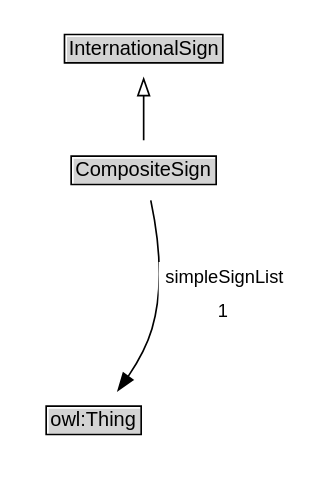
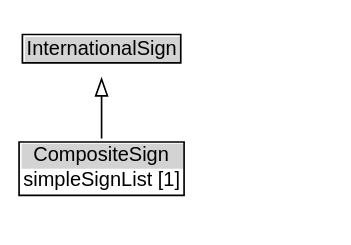
Before and after one commit to k-vaughn/ontology-its-regulation: the diagram in docs/diagrams/CompositeSign.dot, drawn with Graphviz. The commit also changed 98 other files, not shown here.

```diff
--- a/docs/diagrams/CompositeSign.dot
+++ b/docs/diagrams/CompositeSign.dot
@@ -1,24 +1,19 @@
 // Diagram for CompositeSign
 digraph {
 	graph [overlap=false rankdir=TB splines=true]
 	node [fontname=Arial fontsize=12 margin=0 shape=none]
 	edge [fontname=Arial fontsize=11]
 	{
 		rank=source
 		InternationalSign [label=<<TABLE BORDER="1" CELLBORDER="0" CELLSPACING="0" CELLPADDING="1"><TR><TD BGCOLOR="lightgray" ALIGN="CENTER">InternationalSign</TD></TR></TABLE>> URL="../InternationalSign" margin=0]
 	}
-	CompositeSign [label=<<TABLE BORDER="1" CELLBORDER="0" CELLSPACING="0" CELLPADDING="1"><TR><TD BGCOLOR="lightgray" ALIGN="CENTER">CompositeSign</TD></TR></TABLE>> URL="../CompositeSign" margin=0]
+	CompositeSign [label=<<TABLE BORDER="1" CELLBORDER="0" CELLSPACING="0" CELLPADDING="1"><TR><TD BGCOLOR="lightgray" ALIGN="CENTER">CompositeSign</TD></TR><TR><TD ALIGN="LEFT">simpleSignList [1]</TD></TR></TABLE>> URL="../CompositeSign" margin=0]
 	{
 		rank=max
 	}
 	subgraph cluster_associated {
 		label="" style=invis
 		Invis [label=<<TABLE BORDER="0" CELLBORDER="0" CELLSPACING="0" CELLPADDING="1"><TR><TD></TD></TR></TABLE>> margin=0 style=invis]
-		owl_Thing [label=<<TABLE BORDER="1" CELLBORDER="0" CELLSPACING="0" CELLPADDING="1"><TR><TD BGCOLOR="lightgray" ALIGN="CENTER">owl:Thing</TD></TR></TABLE>> URL="https://w3id.org/citydata/imported/owl/latest/Thing" margin=0]
 	}
 	CompositeSign -> InternationalSign [arrowhead=onormal style=solid]
-	CompositeSign -> Invis [style=invis]
-	Invis -> owl_Thing [style=invis]
-	owl_Thing [label=<<TABLE BORDER="1" CELLBORDER="0" CELLSPACING="0" CELLPADDING="1"><TR><TD BGCOLOR="lightgray" ALIGN="CENTER">owl:Thing</TD></TR></TABLE>> URL="https://w3id.org/citydata/imported/owl/latest/Thing" margin=0]
-	CompositeSign -> owl_Thing [label=<<TABLE BORDER="0" CELLBORDER="0" CELLSPACING="0" CELLPADDING="4" BGCOLOR="white"><TR><TD ALIGN="CENTER">simpleSignList</TD></TR><TR><TD ALIGN="CENTER">1</TD></TR></TABLE>> arrowhead=normal style=solid]
 }
```
